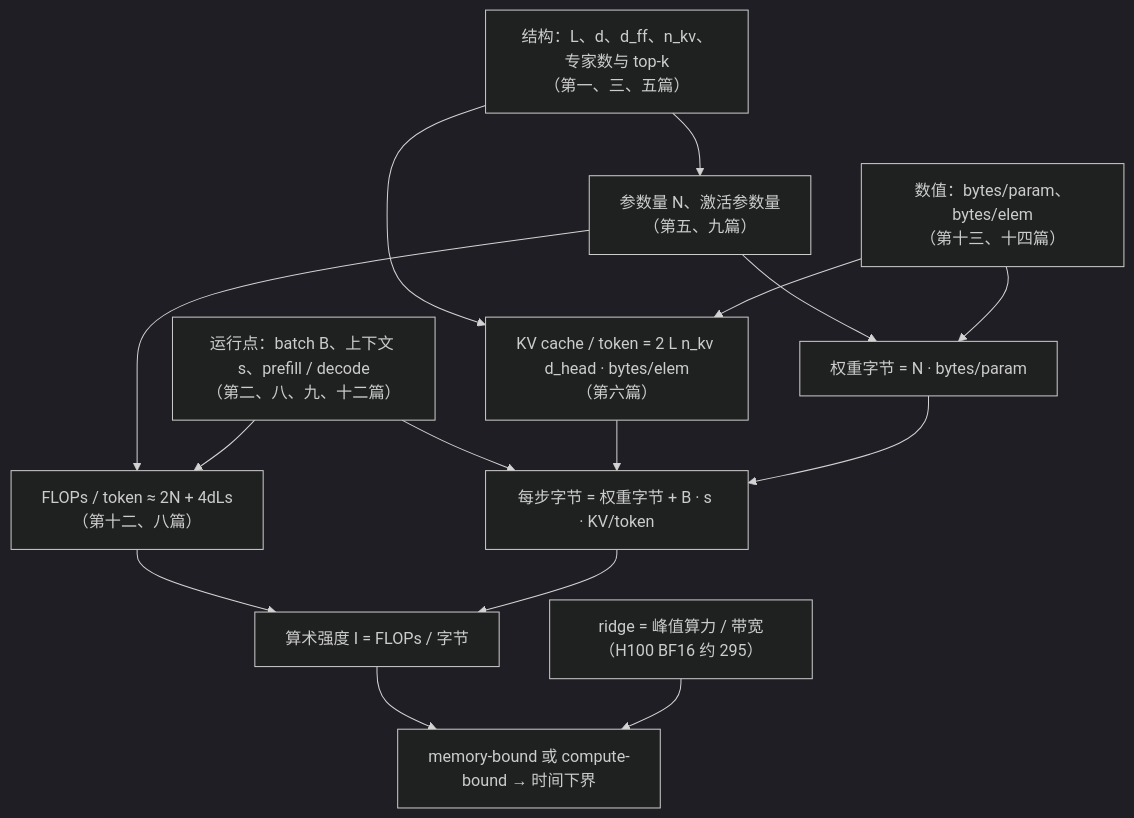
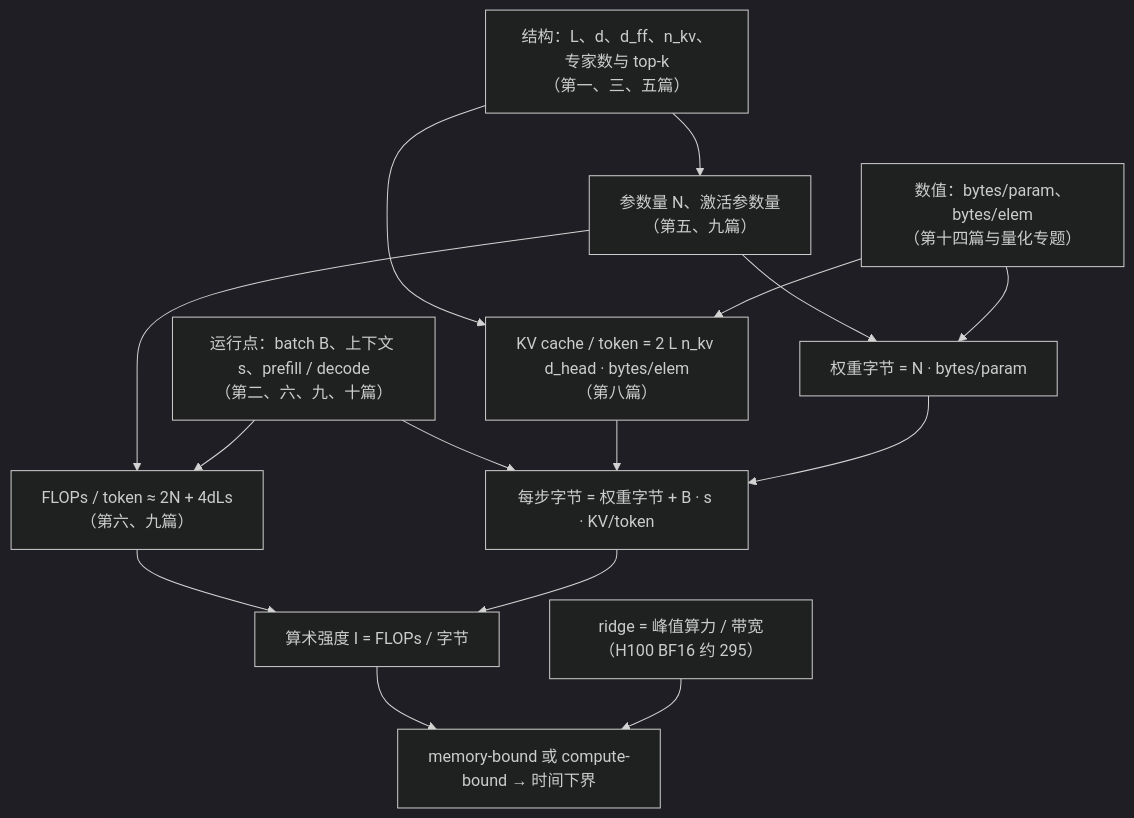
The second of 2 diagrams in _posts/2026-04-09-transformer-and-llm-series-recap-and-self-test.md (arganzheng/arganzheng.github.com), drawn with Mermaid (dark theme) before and after one commit. The commit also changed other lines of this file and 42 other files, not shown here.

````diff
--- a/_posts/2026-04-09-transformer-and-llm-series-recap-and-self-test.md
+++ b/_posts/2026-04-09-transformer-and-llm-series-recap-and-self-test.md
@@ -309,29 +302,29 @@
 ```mermaid
-%% 图：第三段共用的成本模型：结构与数值决定参数量、权重字节与 KV cache，运行点决定工作点，算术强度与 ridge 比较
+%% 图：第二段共用的成本模型：结构与数值决定参数量、权重字节与 KV cache，运行点决定工作点，算术强度与 ridge 比较
 flowchart TB
     S["结构：L、d、d_ff、n_kv、专家数与 top-k<br/>（第一、三、五篇）"]
     N["参数量 N、激活参数量<br/>（第五、九篇）"]
-    K["KV cache / token = 2 L n_kv d_head · bytes/elem<br/>（第六篇）"]
-    D["数值：bytes/param、bytes/elem<br/>（第十三、十四篇）"]
+    K["KV cache / token = 2 L n_kv d_head · bytes/elem<br/>（第八篇）"]
+    D["数值：bytes/param、bytes/elem<br/>（第十四篇与量化专题）"]
     W["权重字节 = N · bytes/param"]
-    F["FLOPs / token ≈ 2N + 4dLs<br/>（第十二、八篇）"]
-    R["运行点：batch B、上下文 s、prefill / decode<br/>（第二、八、九、十二篇）"]
+    F["FLOPs / token ≈ 2N + 4dLs<br/>（第六、九篇）"]
+    R["运行点：batch B、上下文 s、prefill / decode<br/>（第二、六、九、十篇）"]
     H["每步字节 = 权重字节 + B · s · KV/token"]
     I["算术强度 I = FLOPs / 字节"]
     G["ridge = 峰值算力 / 带宽（H100 BF16 约 295）"]
     T["memory-bound 或 compute-bound → 时间下界"]
     S --> N
     S --> K
     N --> W
     D --> W
     D --> K
     N --> F
     R --> F
     R --> H
     K --> H
     W --> H
     F --> I
     H --> I
     I --> T
     G --> T
 ```
````
